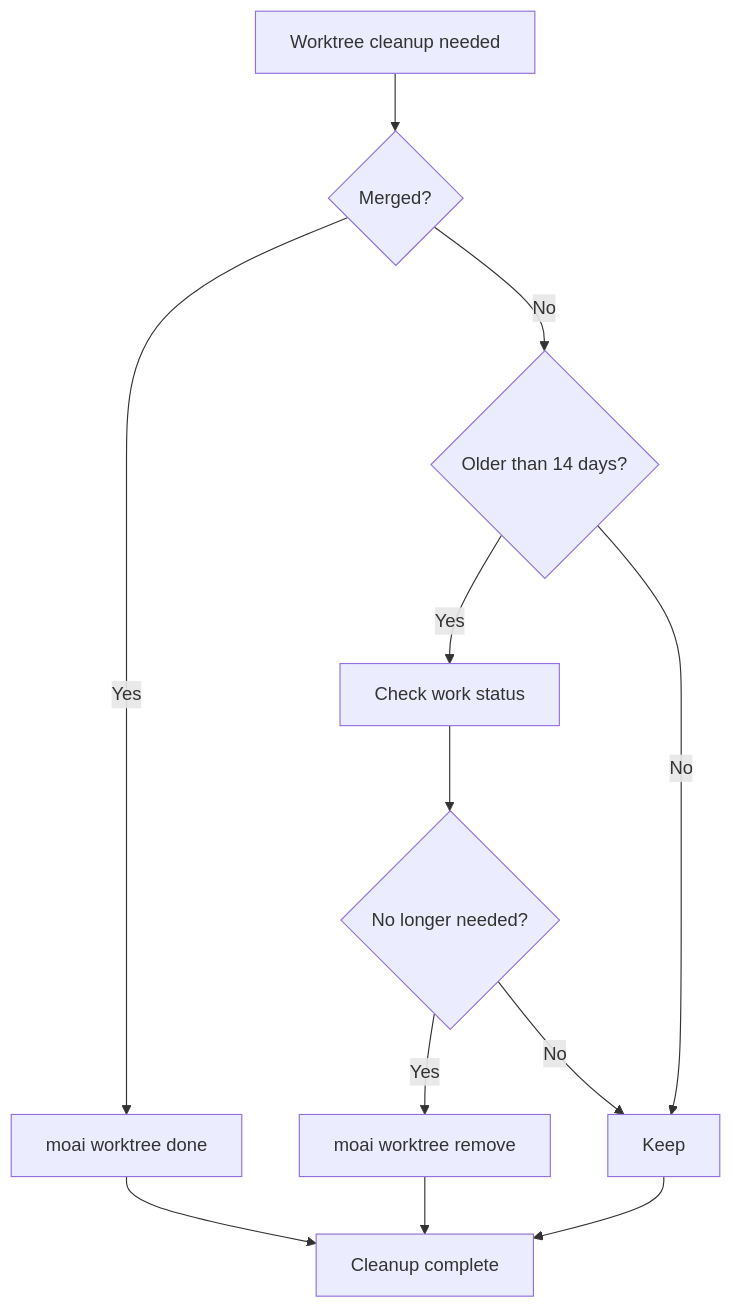
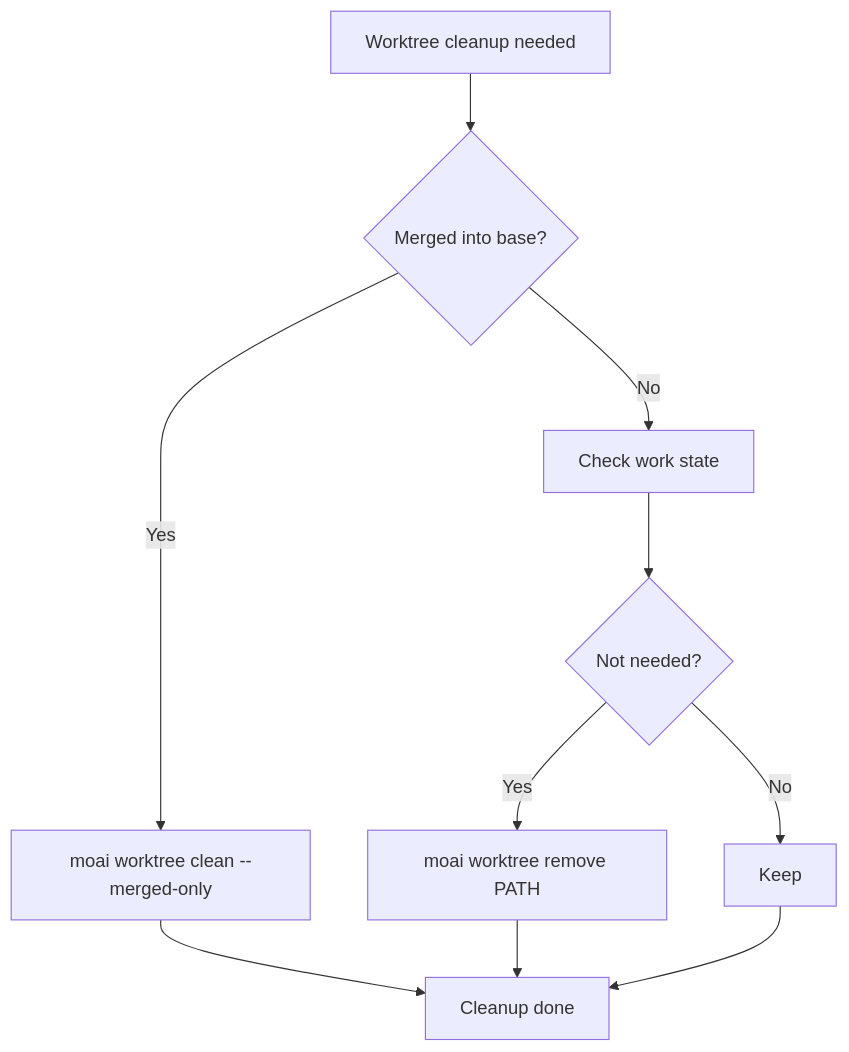
The seventh of 9 diagrams in docs-site/content/en/worktree/faq.md (modu-ai/moai-adk), drawn with Mermaid before and after one commit. The commit also changed other lines of this file and 180 other files, not shown here.

````diff
--- a/docs-site/content/en/worktree/faq.md
+++ b/docs-site/content/en/worktree/faq.md
@@ -345,14 +330,12 @@
 ```mermaid
 graph TD
-    A[Worktree cleanup needed] --> B{Merged?}
-    B -->|Yes| C[moai worktree done]
-    B -->|No| D{Older than 14 days?}
-    D -->|Yes| E[Check work status]
-    D -->|No| F[Keep]
-    E --> G{No longer needed?}
-    G -->|Yes| H[moai worktree remove]
-    G -->|No| F
-    C --> I[Cleanup complete]
-    H --> I
-    F --> I
+    A[Worktree cleanup needed] --> B{Merged into base?}
+    B -->|Yes| C[moai worktree clean --merged-only]
+    B -->|No| D[Check work state]
+    D --> E{Not needed?}
+    E -->|Yes| F[moai worktree remove PATH]
+    E -->|No| G[Keep]
+    C --> H[Cleanup done]
+    F --> H
+    G --> H
 ```
````
